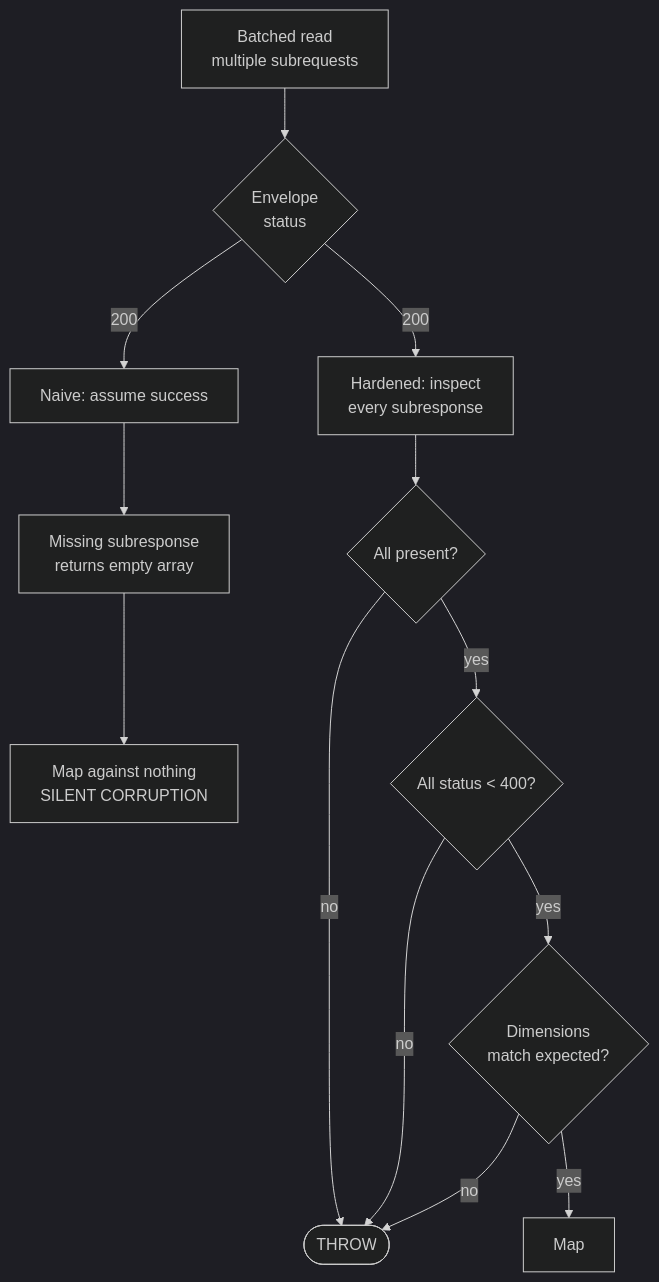
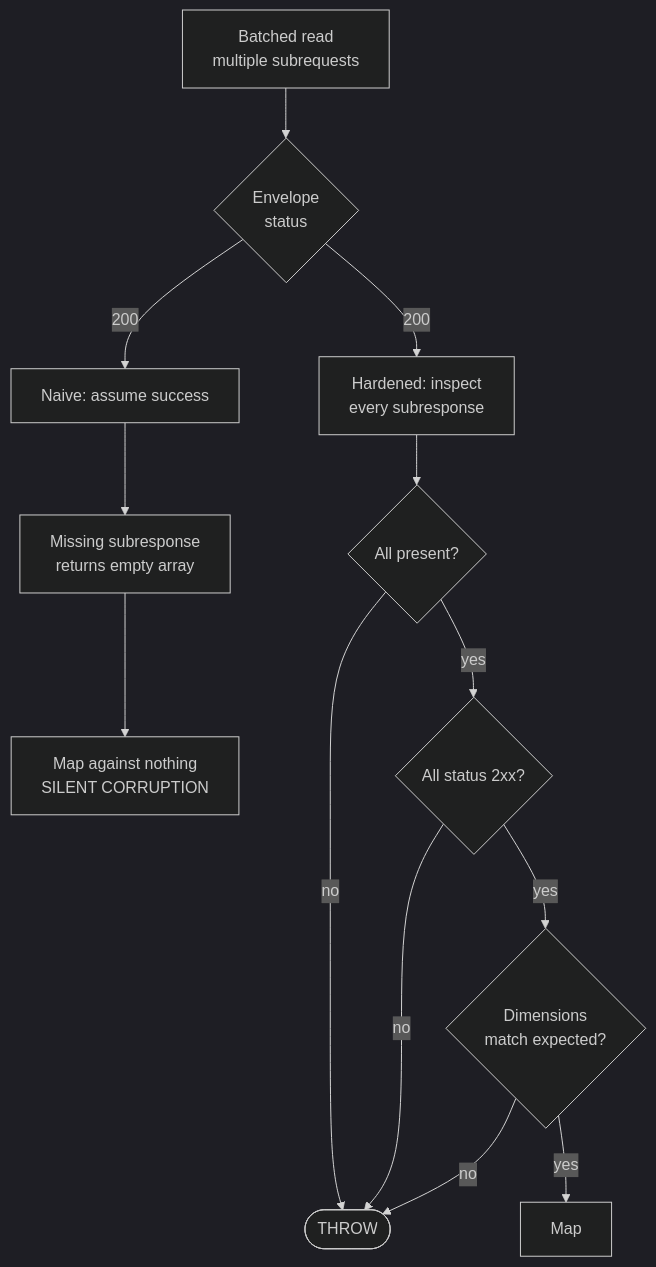
Before and after one commit to rgb101593/make-monthly-property-tracking-pipeline: the fourth of 5 diagrams in diagrams/pipeline.md, drawn with Mermaid (dark theme). The commit also changed other lines of this file and 16 other files, not shown here.

````diff
--- a/diagrams/pipeline.md
+++ b/diagrams/pipeline.md
@@ -110,17 +110,17 @@
 ```mermaid
 flowchart TB
     BATCH["Batched read<br/>multiple subrequests"] --> ENV{"Envelope<br/>status"}
     ENV -->|"200"| NAIVE["Naive: assume success"]
     ENV -->|"200"| HARD["Hardened: inspect<br/>every subresponse"]
 
     NAIVE --> SILENT["Missing subresponse<br/>returns empty array"]
     SILENT --> BAD["Map against nothing<br/>SILENT CORRUPTION"]
 
     HARD --> C1{"All present?"}
     C1 -->|"no"| T1(["THROW"])
-    C1 -->|"yes"| C2{"All status &lt; 400?"}
+    C1 -->|"yes"| C2{"All status 2xx?"}
     C2 -->|"no"| T1
     C2 -->|"yes"| C3{"Dimensions<br/>match expected?"}
     C3 -->|"no"| T1
     C3 -->|"yes"| OK["Map"]
 ```
````
